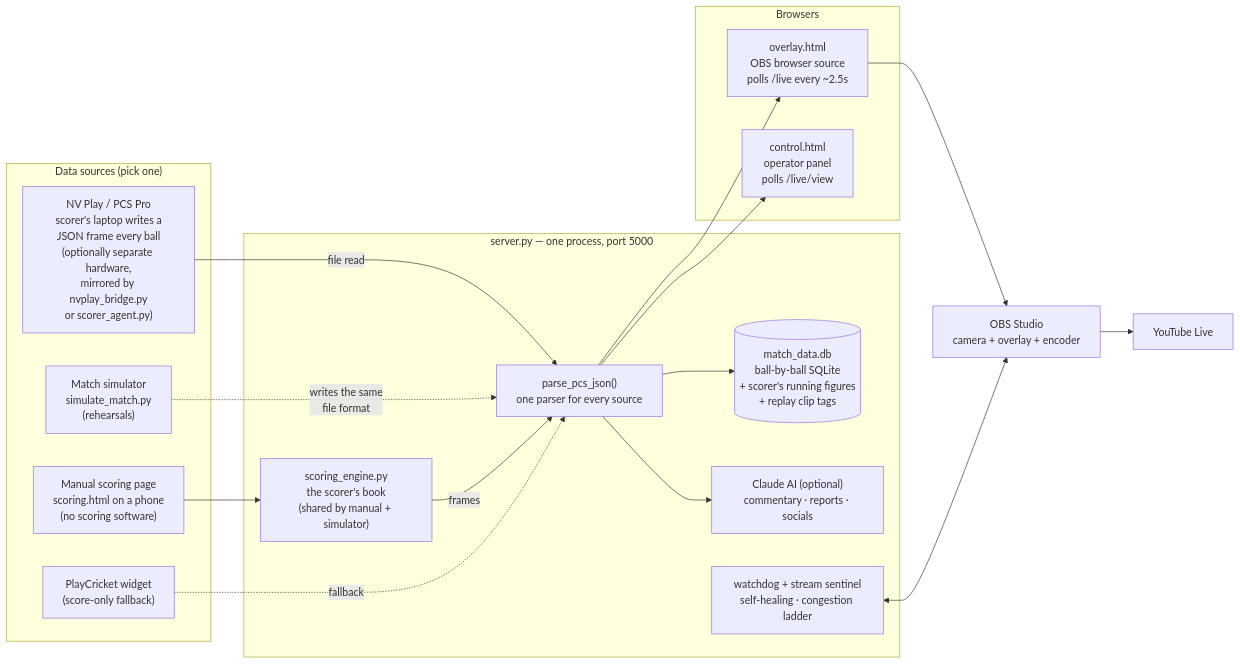
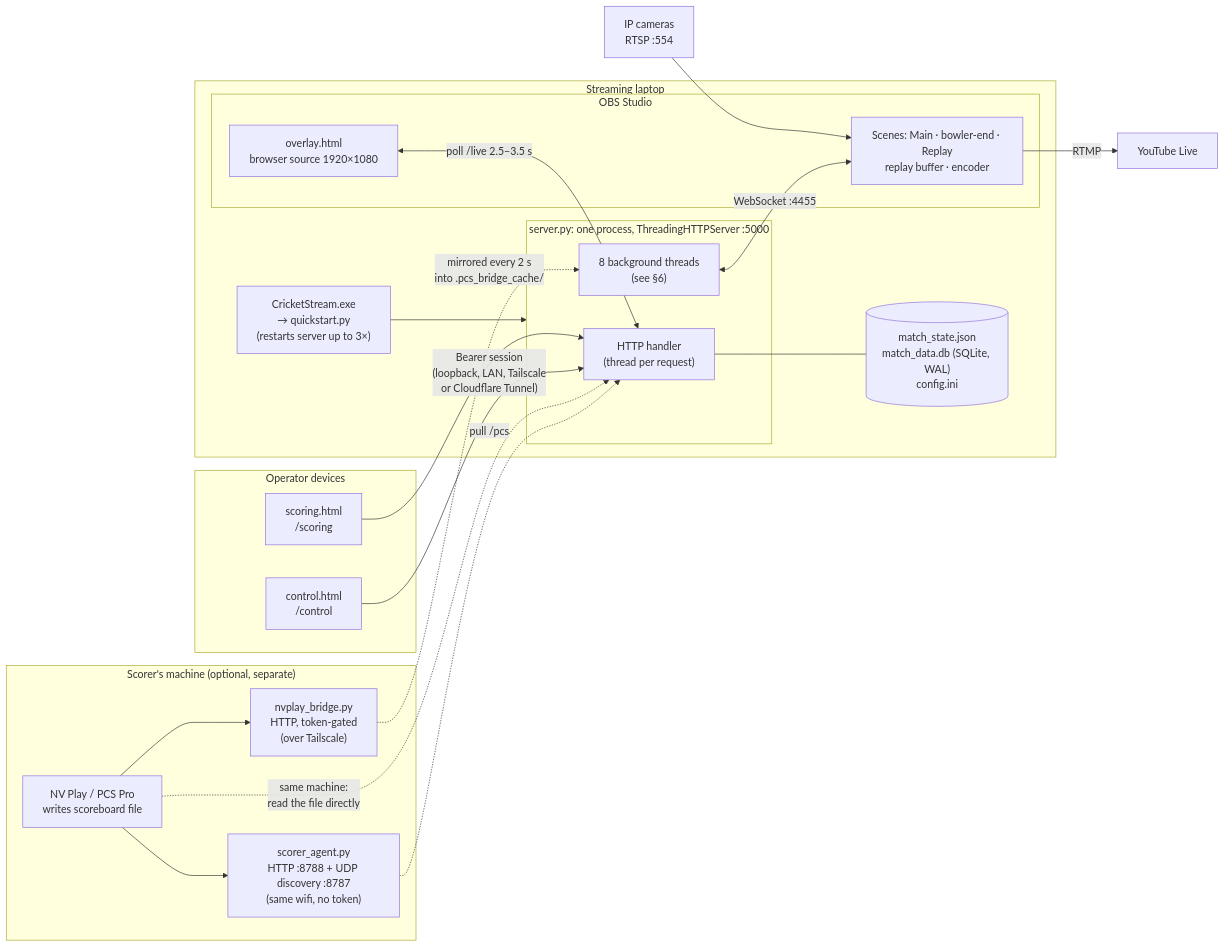
The second of 8 diagrams in ARCHITECTURE.md (BridestoweBelstoneCC/Cricket-Live-Stream), drawn with Mermaid before and after one commit. The commit also changed other lines of this file and 4 other files, not shown here.

First line of the commit message:
Bring the docs up to date and redraw the architecture

````diff
--- a/ARCHITECTURE.md
+++ b/ARCHITECTURE.md
@@ -16,38 +83,40 @@
 ```mermaid
 flowchart LR
-    subgraph sources["Data sources (pick one)"]
-        NV["NV Play / PCS Pro<br/>scorer's laptop writes a<br/>JSON frame every ball<br/>(optionally separate hardware,<br/>mirrored by nvplay_bridge.py<br/>or scorer_agent.py)"]
-        MAN["Manual scoring page<br/>scoring.html on a phone<br/>(no scoring software)"]
-        SIM["Match simulator<br/>simulate_match.py<br/>(rehearsals)"]
-        WID["PlayCricket widget<br/>(score-only fallback)"]
+    subgraph SCORE["Scorer's machine (optional, separate)"]
+        nv["NV Play / PCS Pro<br/>writes scoreboard file"]
+        agent["scorer_agent.py<br/>HTTP :8788 + UDP discovery :8787<br/>(same wifi, no token)"]
+        bridge["nvplay_bridge.py<br/>HTTP, token-gated<br/>(over Tailscale)"]
+        nv --> agent
+        nv --> bridge
     end
 
-    subgraph srv["server.py — one process, port 5000"]
-        PARSE["parse_pcs_json()<br/>one parser for every source"]
-        ENG["scoring_engine.py<br/>the scorer's book<br/>(shared by manual + simulator)"]
-        DB[("match_data.db<br/>ball-by-ball SQLite<br/>+ scorer's running figures<br/>+ replay clip tags")]
-        AI["Claude AI (optional)<br/>commentary · reports · socials"]
-        WATCH["watchdog + stream sentinel<br/>self-healing · congestion ladder"]
+    subgraph STREAM["Streaming laptop"]
+        launcher["CricketStream.exe<br/>→ quickstart.py<br/>(restarts server up to 3×)"]
+        subgraph PY["server.py: one process, ThreadingHTTPServer :5000"]
+            http["HTTP handler<br/>(thread per request)"]
+            bg["8 background threads<br/>(see §6)"]
+        end
+        subgraph OBSBOX["OBS Studio"]
+            ov["overlay.html<br/>browser source 1920×1080"]
+            scenes["Scenes: Main · bowler-end · Replay<br/>replay buffer · encoder"]
+        end
+        files[("match_state.json<br/>match_data.db (SQLite, WAL)<br/>config.ini")]
+        launcher --> PY
+        ov <-->|"poll /live 2.5–3.5 s"| http
+        bg <-->|"WebSocket :4455"| scenes
+        http --- files
     end
 
-    subgraph consumers["Browsers"]
-        OV["overlay.html<br/>OBS browser source<br/>polls /live every ~2.5s"]
-        CP["control.html<br/>operator panel<br/>polls /live/view"]
+    subgraph OPS["Operator devices"]
+        panel["control.html<br/>/control"]
+        phone["scoring.html<br/>/scoring"]
     end
 
-    OBS["OBS Studio<br/>camera + overlay + encoder"]
-    YT["YouTube Live"]
-
-    NV -- "file read" --> PARSE
-    MAN --> ENG
-    SIM -. "writes the same<br/>file format" .-> PARSE
-    ENG -- "frames" --> PARSE
-    WID -. "fallback" .-> PARSE
-    PARSE --> OV
-    PARSE --> CP
-    PARSE --> DB
-    PARSE --> AI
-    OV --> OBS
-    WATCH <--> OBS
-    OBS --> YT
+    cams["IP cameras<br/>RTSP :554"] --> scenes
+    agent -. "pull /pcs" .-> http
+    bridge -. "mirrored every 2 s<br/>into .pcs_bridge_cache/" .-> bg
+    nv -. "same machine:<br/>read the file directly" .-> http
+    panel -- "Bearer session<br/>(loopback, LAN, Tailscale<br/>or Cloudflare Tunnel)" --> http
+    phone --> http
+    scenes -- "RTMP" --> yt["YouTube Live"]
 ```
````
